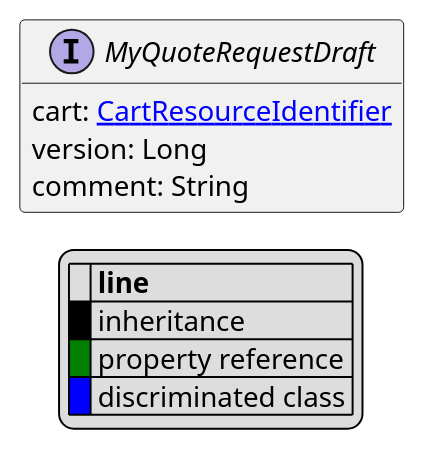
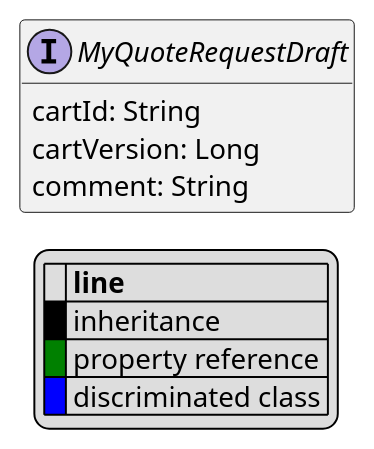
The diagram in uml/api/MyQuoteRequestDraft.puml (commercetools/commercetools-api-reference), drawn with PlantUML before and after one commit. The commit also changed 6 other files, not shown here.

```diff
--- a/uml/api/MyQuoteRequestDraft.puml
+++ b/uml/api/MyQuoteRequestDraft.puml
@@ -1,22 +1,22 @@
 @startuml
 
 hide empty fields
 hide empty methods
 legend
 |= |= line |
 |<back:black>   </back>| inheritance |
 |<back:green>   </back>| property reference |
 |<back:blue>   </back>| discriminated class |
 endlegend
 interface MyQuoteRequestDraft [[MyQuoteRequestDraft.svg]]  {
-    cart: [[CartResourceIdentifier.svg CartResourceIdentifier]]
-    version: Long
+    cartId: String
+    cartVersion: Long
     comment: String
 }
 
 
 
 
 
 
 @enduml
```
